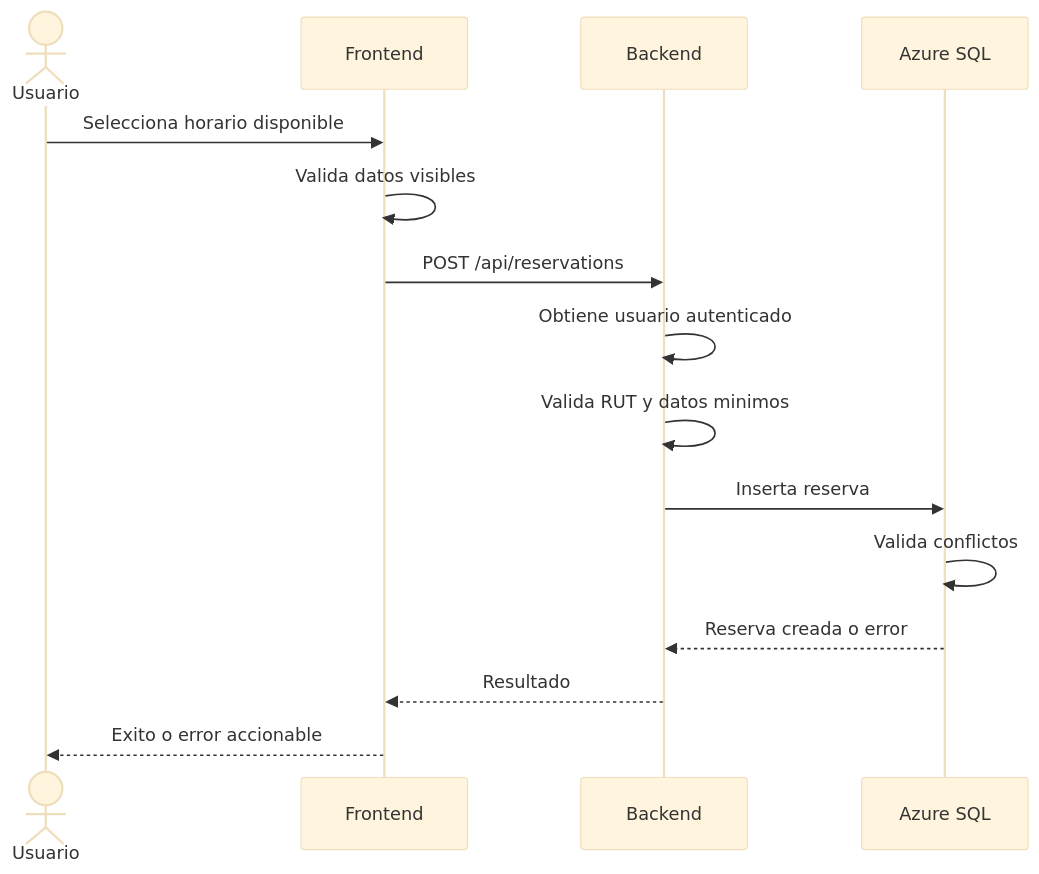
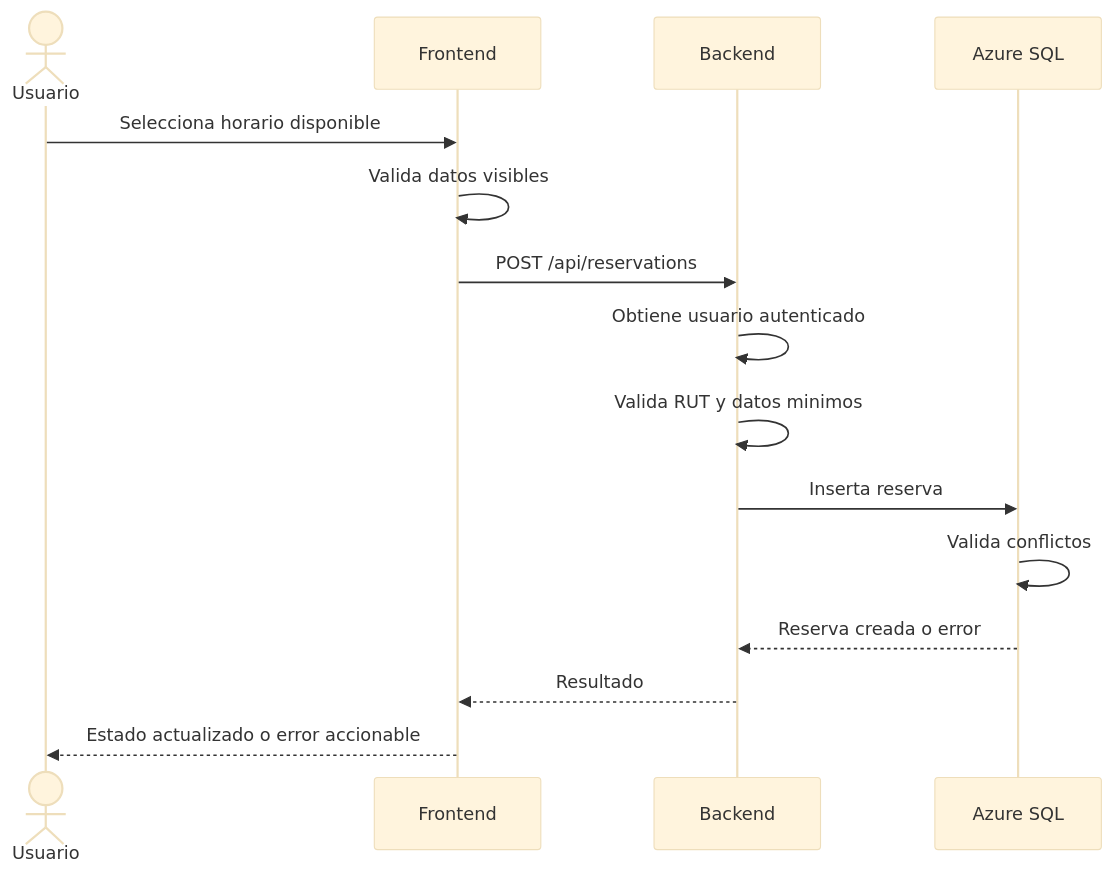
Before and after one commit to Nicolas-Montana-Baeza/Poli-REDI: the diagram in docs/06-flujo-reservas.md, drawn with Mermaid (base theme). The commit also changed other lines of this file and 9 other files, not shown here.

````diff
--- a/docs/06-flujo-reservas.md
+++ b/docs/06-flujo-reservas.md
@@ -171,18 +195,18 @@
 ```mermaid
 sequenceDiagram
   actor Usuario
   participant UI as Frontend
   participant API as Backend
   participant DB as Azure SQL
 
   Usuario->>UI: Selecciona horario disponible
   UI->>UI: Valida datos visibles
   UI->>API: POST /api/reservations
   API->>API: Obtiene usuario autenticado
   API->>API: Valida RUT y datos minimos
   API->>DB: Inserta reserva
   DB->>DB: Valida conflictos
   DB-->>API: Reserva creada o error
   API-->>UI: Resultado
-  UI-->>Usuario: Exito o error accionable
+  UI-->>Usuario: Estado actualizado o error accionable
 ```
````
